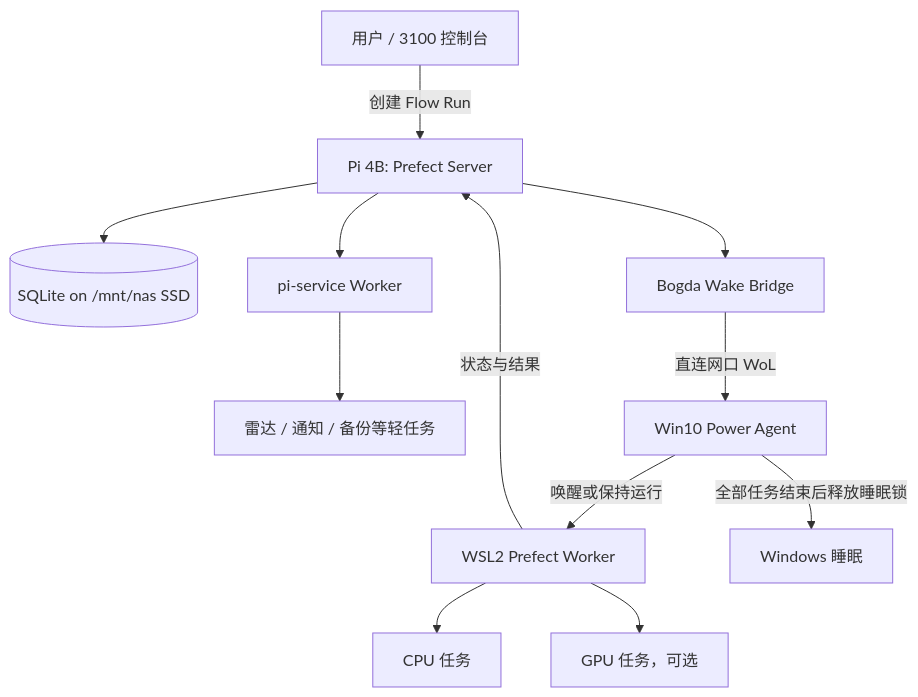
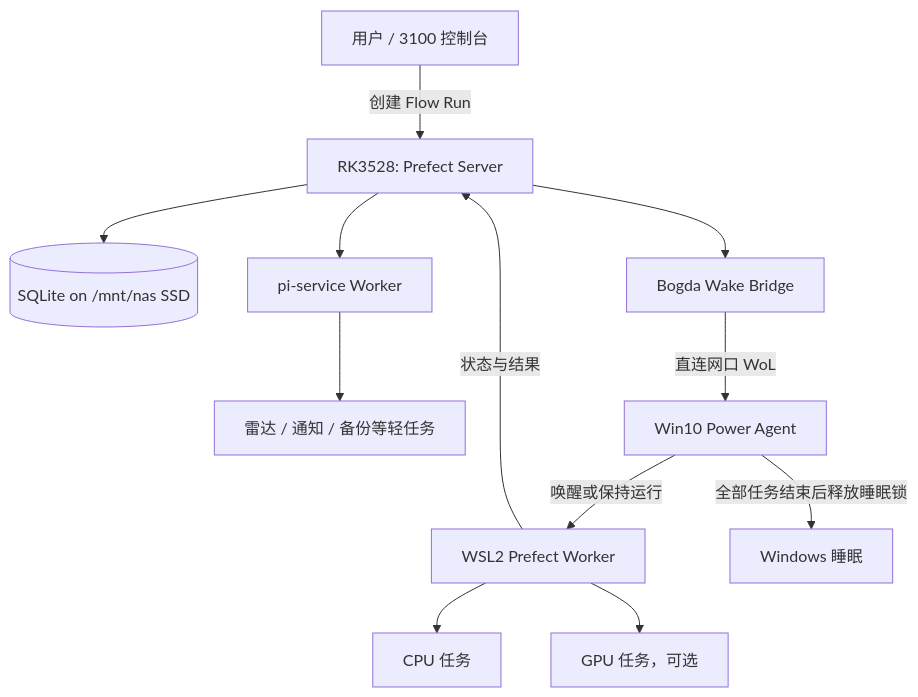
One commit to wocessade/research-orchestra changed the diagram in docs/superpowers/specs/2026-08-24-bogda-architecture-design.md. Above: the diagram before and after it, drawn with Mermaid. The commit also changed other lines of this file and 28 other files, not shown here.

````diff
--- a/docs/superpowers/specs/2026-08-24-bogda-architecture-design.md
+++ b/docs/superpowers/specs/2026-08-24-bogda-architecture-design.md
@@ -38,14 +40,14 @@
 ```mermaid
 flowchart TD
-    U[用户 / 3100 控制台] -->|创建 Flow Run| P[Pi 4B: Prefect Server]
+    U[用户 / 3100 控制台] -->|创建 Flow Run| P[RK3528: Prefect Server]
     P --> DB[(SQLite on /mnt/nas SSD)]
     P --> PS[pi-service Worker]
     P --> WB[Bogda Wake Bridge]
     PS --> LIGHT[雷达 / 通知 / 备份等轻任务]
     WB -->|直连网口 WoL| WA[Win10 Power Agent]
     WA -->|唤醒或保持运行| WSL[WSL2 Prefect Worker]
     WSL --> CPU[CPU 任务]
     WSL --> GPU[GPU 任务，可选]
     WSL -->|状态与结果| P
     WA -->|全部任务结束后释放睡眠锁| S[Windows 睡眠]
 ```
````
